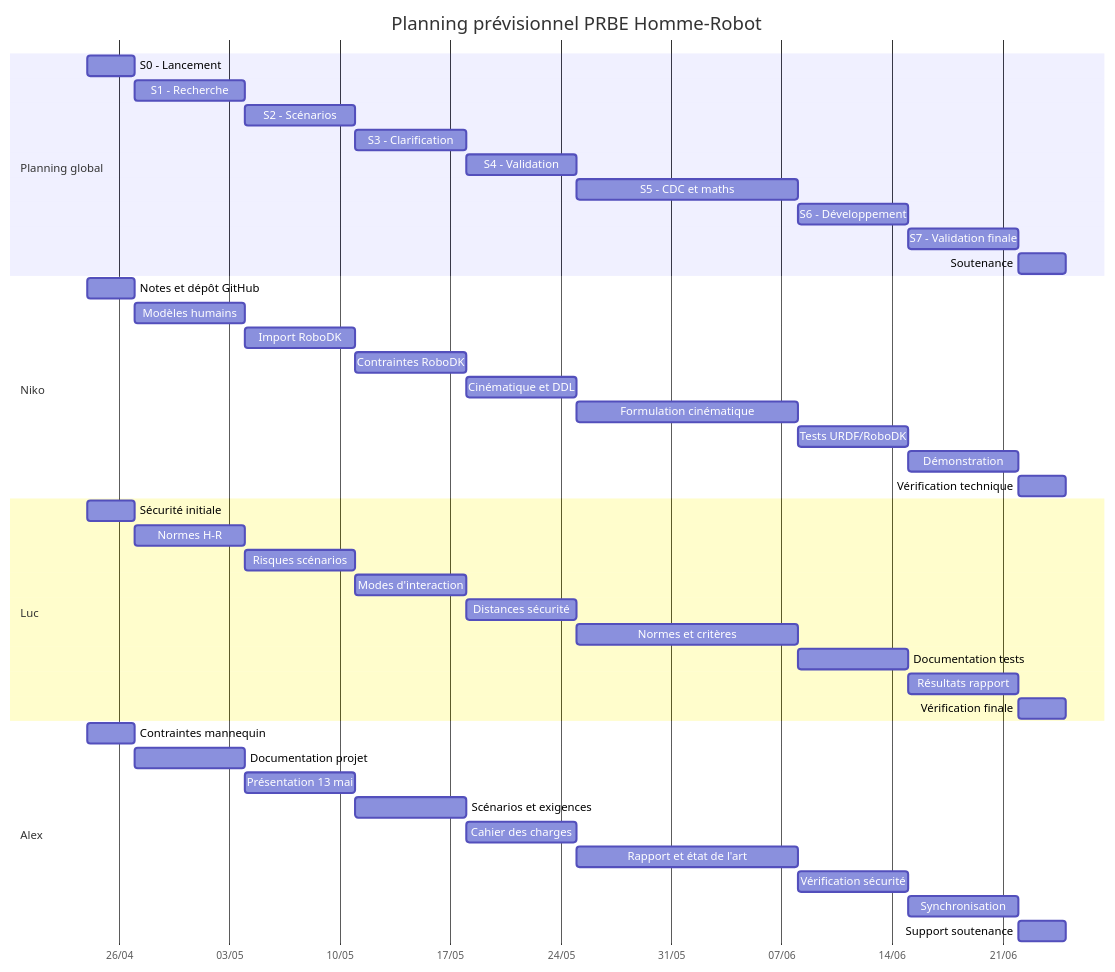
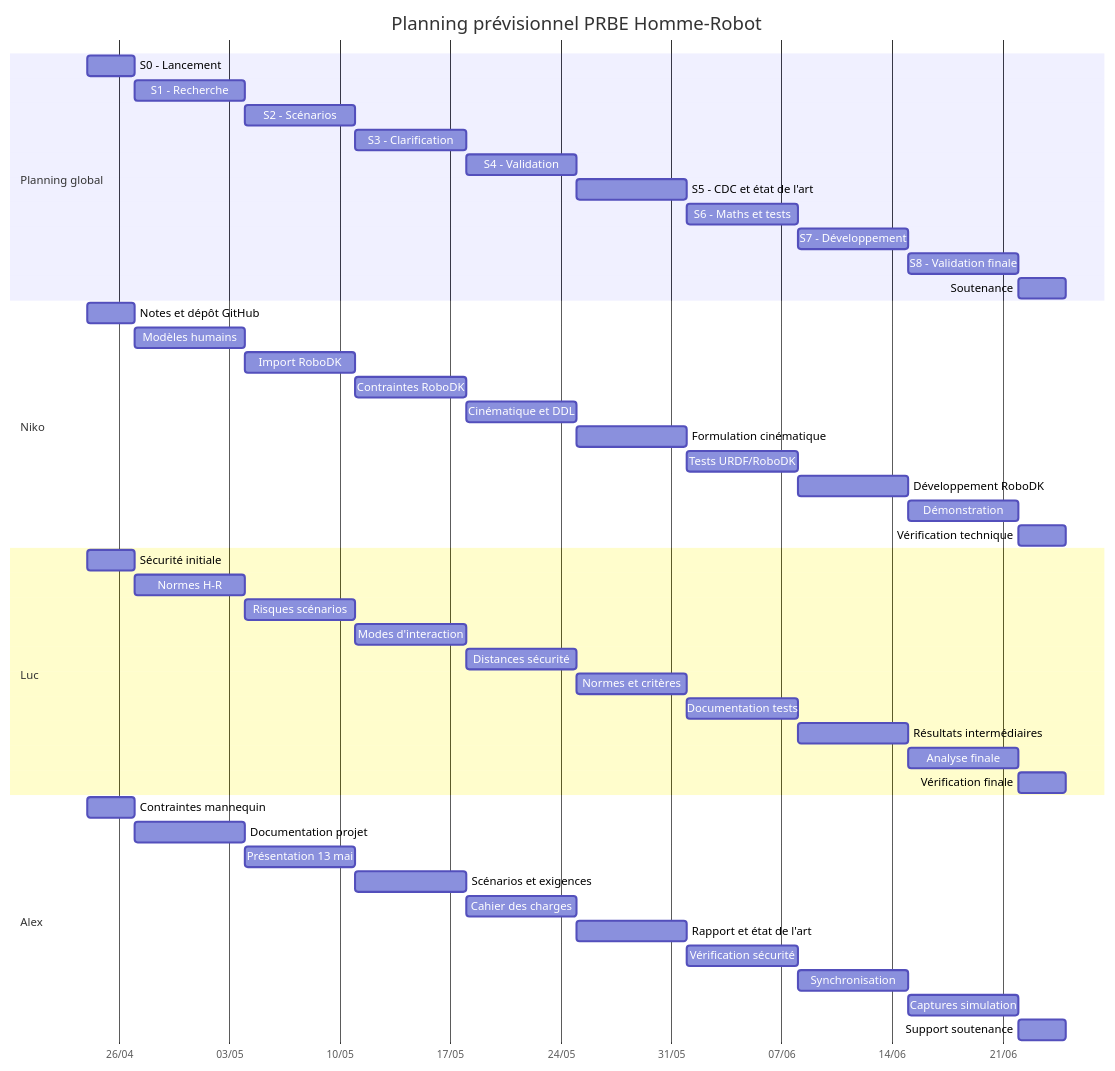
One commit to ProjectInitNiko/PRBE-Homme-Robot changed the diagram in docs/cahier-des-charges.md. Above: the diagram before and after it, drawn with Mermaid. The commit also changed other lines of this file, not shown here.

Commit message:
Adjust Gantt planning weeks

````diff
--- a/docs/cahier-des-charges.md
+++ b/docs/cahier-des-charges.md
@@ -227,50 +228,54 @@
 ```mermaid
 gantt
     title Planning prévisionnel PRBE Homme-Robot
     dateFormat  YYYY-MM-DD
     axisFormat  %d/%m
 
     section Planning global
     S0 - Lancement                  :s0, 2026-04-24, 3d
     S1 - Recherche                  :s1, 2026-04-27, 7d
     S2 - Scénarios                  :s2, 2026-05-04, 7d
     S3 - Clarification              :s3, 2026-05-11, 7d
     S4 - Validation                 :s4, 2026-05-18, 7d
-    S5 - CDC et maths               :s5, 2026-05-25, 14d
-    S6 - Développement              :s6, 2026-06-08, 7d
-    S7 - Validation finale          :s7, 2026-06-15, 7d
+    S5 - CDC et état de l'art       :s5, 2026-05-25, 7d
+    S6 - Maths et tests             :s6, 2026-06-01, 7d
+    S7 - Développement              :s7, 2026-06-08, 7d
+    S8 - Validation finale          :s8, 2026-06-15, 7d
     Soutenance                      :final, 2026-06-22, 3d
 
     section Niko
     Notes et dépôt GitHub           :n0, 2026-04-24, 3d
     Modèles humains                 :n1, 2026-04-27, 7d
     Import RoboDK                   :n2, 2026-05-04, 7d
     Contraintes RoboDK              :n3, 2026-05-11, 7d
     Cinématique et DDL              :n4, 2026-05-18, 7d
-    Formulation cinématique         :n5, 2026-05-25, 14d
-    Tests URDF/RoboDK               :n6, 2026-06-08, 7d
-    Démonstration                   :n7, 2026-06-15, 7d
-    Vérification technique          :n8, 2026-06-22, 3d
+    Formulation cinématique         :n5, 2026-05-25, 7d
+    Tests URDF/RoboDK               :n6, 2026-06-01, 7d
+    Développement RoboDK            :n7, 2026-06-08, 7d
+    Démonstration                   :n8, 2026-06-15, 7d
+    Vérification technique          :n9, 2026-06-22, 3d
 
     section Luc
     Sécurité initiale               :l0, 2026-04-24, 3d
     Normes H-R                      :l1, 2026-04-27, 7d
     Risques scénarios               :l2, 2026-05-04, 7d
     Modes d'interaction             :l3, 2026-05-11, 7d
     Distances sécurité              :l4, 2026-05-18, 7d
-    Normes et critères              :l5, 2026-05-25, 14d
-    Documentation tests             :l6, 2026-06-08, 7d
-    Résultats rapport               :l7, 2026-06-15, 7d
-    Vérification finale             :l8, 2026-06-22, 3d
+    Normes et critères              :l5, 2026-05-25, 7d
+    Documentation tests             :l6, 2026-06-01, 7d
+    Résultats intermédiaires        :l7, 2026-06-08, 7d
+    Analyse finale                  :l8, 2026-06-15, 7d
+    Vérification finale             :l9, 2026-06-22, 3d
 
     section Alex
     Contraintes mannequin           :a0, 2026-04-24, 3d
     Documentation projet            :a1, 2026-04-27, 7d
     Présentation 13 mai             :a2, 2026-05-04, 7d
     Scénarios et exigences          :a3, 2026-05-11, 7d
     Cahier des charges              :a4, 2026-05-18, 7d
-    Rapport et état de l'art        :a5, 2026-05-25, 14d
-    Vérification sécurité           :a6, 2026-06-08, 7d
-    Synchronisation                 :a7, 2026-06-15, 7d
-    Support soutenance              :a8, 2026-06-22, 3d
+    Rapport et état de l'art        :a5, 2026-05-25, 7d
+    Vérification sécurité           :a6, 2026-06-01, 7d
+    Synchronisation                 :a7, 2026-06-08, 7d
+    Captures simulation             :a8, 2026-06-15, 7d
+    Support soutenance              :a9, 2026-06-22, 3d
 ```
````
